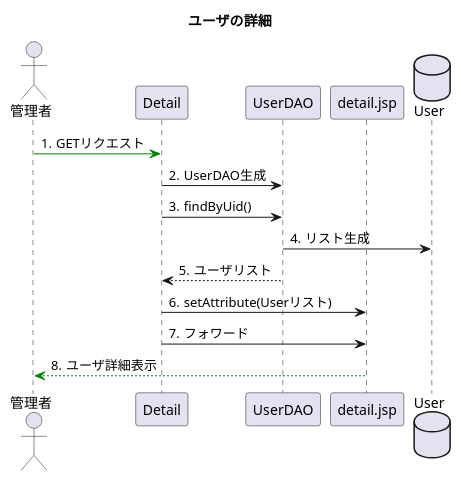
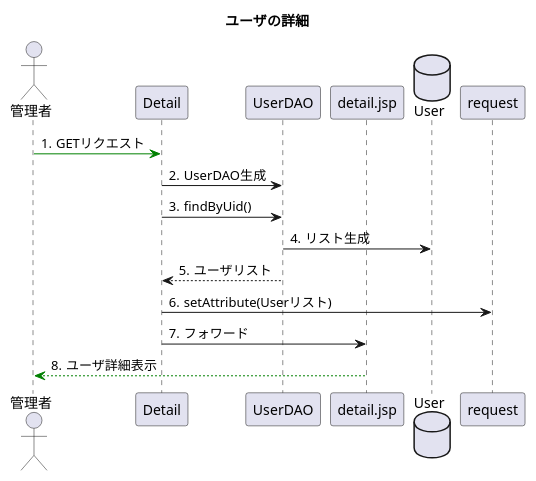
The diagram in uml_detail/seq_detail.pu (toufu66/ProjectC), drawn with PlantUML before and after one commit.

Commit message:
追記

```diff
--- a/uml_detail/seq_detail.pu
+++ b/uml_detail/seq_detail.pu
@@ -1,23 +1,23 @@
 @startuml
 title ユーザの詳細
 
 autonumber "#."
 
 actor 管理者
 participant Detail
 participant UserDAO
 participant detail.jsp
 database User
 
 
 管理者 -[#green]> Detail:GETリクエスト
 Detail -> UserDAO :UserDAO生成
 Detail -> UserDAO :findByUid()
 UserDAO -> User:リスト生成
 UserDAO --> Detail:ユーザリスト
-Detail -> detail.jsp:setAttribute(Userリスト)
+Detail -> request:setAttribute(Userリスト)
 Detail -> detail.jsp:フォワード
 detail.jsp --[#green]> 管理者:ユーザ詳細表示
 
 
 @enduml
```
